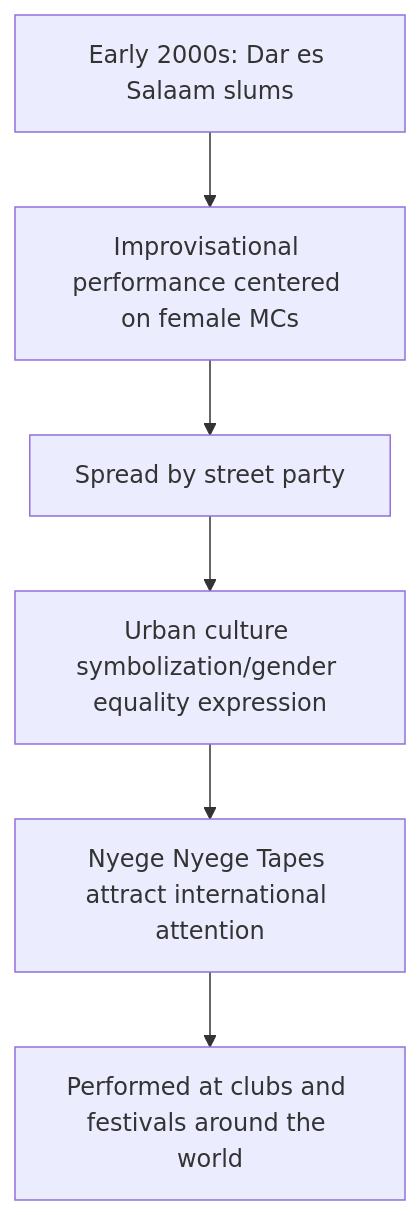
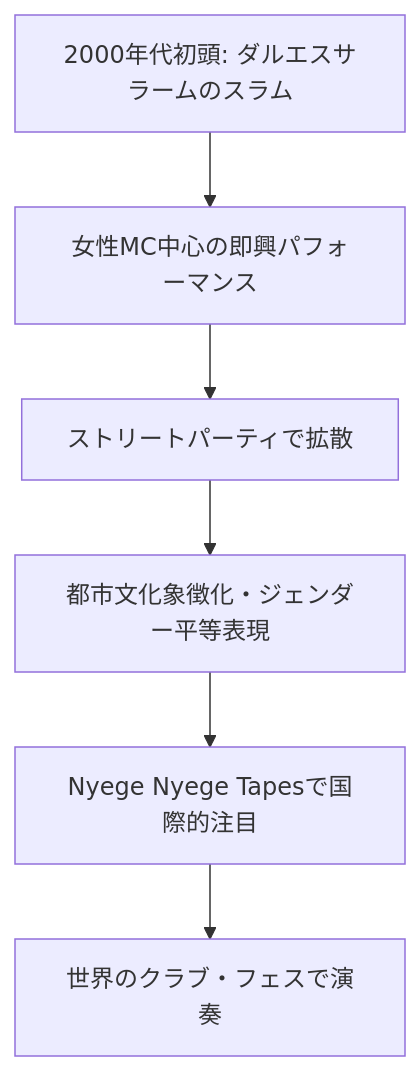
One commit to monumental-movement/monumental-movement.github.io changed the first of 6 diagrams in en/_posts/2025-10-04-Column-Nyege-Nyege.md. Above: the diagram before and after it, drawn with Mermaid. The commit also changed other lines of this file and 1724 other files, not shown here.

```diff
--- a/en/_posts/2025-10-04-Column-Nyege-Nyege.md
+++ b/en/_posts/2025-10-04-Column-Nyege-Nyege.md
@@ -101,10 +102,10 @@
 <div class="mermaid">
 
 flowchart TD
-A["Early 2000s: Dar es Salaam slums"] --> B["Improvisational performance centered on female MCs"]
-B --> C["Spread by street party"]
-C --> D["Urban culture symbolization/gender equality expression"]
-D --> E["Nyege Nyege Tapes attract international attention"]
-E --> F["Performed at clubs and festivals around the world"]
+    A["2000年代初頭: ダルエスサラームのスラム"] --> B["女性MC中心の即興パフォーマンス"]
+    B --> C["ストリートパーティで拡散"]
+        C --> D["都市文化象徴化・ジェンダー平等表現"]
+    D --> E["Nyege Nyege Tapesで国際的注目"]
+    E --> F["世界のクラブ・フェスで演奏"]
 
 </div>
```
